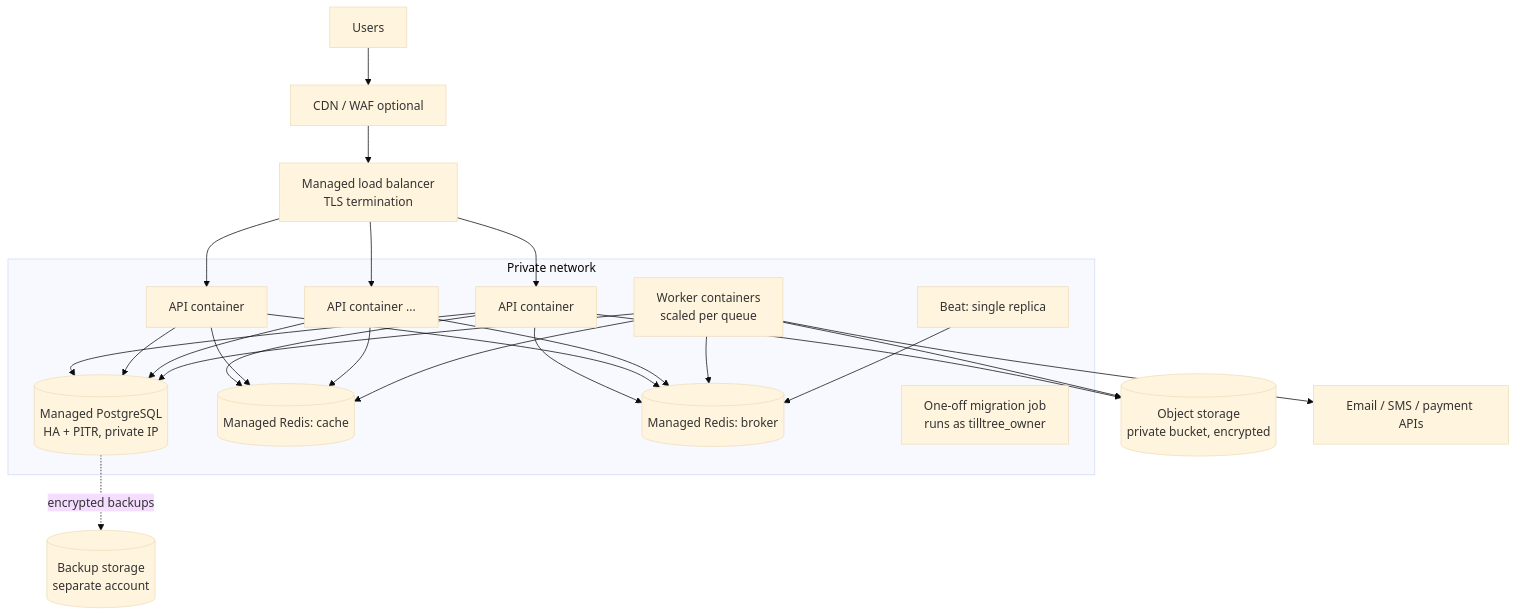
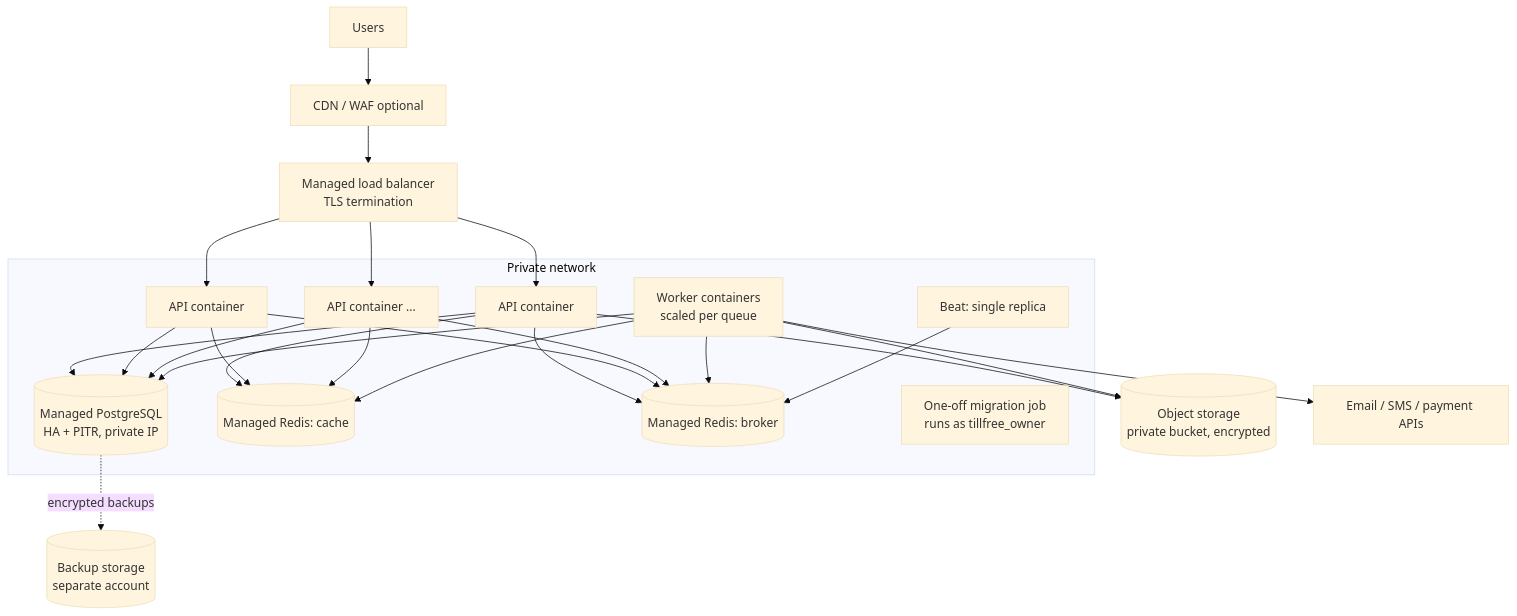
The diagram in docs/architecture/09-infrastructure.md (kasujjabash/tillfree_server), drawn with Mermaid (base theme) before and after one commit. The commit also changed other lines of this file and 23 other files, not shown here.

````diff
--- a/docs/architecture/09-infrastructure.md
+++ b/docs/architecture/09-infrastructure.md
@@ -33,16 +33,16 @@
 ```mermaid
 flowchart TB
     U[Users] --> CDN[CDN / WAF optional] --> LB[Managed load balancer<br/>TLS termination]
     LB --> API1[API container] & API2[API container] & APIn[API container ...]
     subgraph Private network
         API1 & API2 & APIn --> PG[(Managed PostgreSQL<br/>HA + PITR, private IP)]
         API1 & API2 & APIn --> RC[(Managed Redis: cache)]
         API1 & API2 & APIn --> RB[(Managed Redis: broker)]
         W1[Worker containers<br/>scaled per queue] --> PG & RB & RC
         BT[Beat: single replica] --> RB
-        MIG[One-off migration job<br/>runs as tilltree_owner]
+        MIG[One-off migration job<br/>runs as tillfree_owner]
     end
     API1 & W1 --> OS[(Object storage<br/>private bucket, encrypted)]
     W1 --> EXT[Email / SMS / payment APIs]
     PG -. encrypted backups .-> BK[(Backup storage<br/>separate account)]
 ```
````
